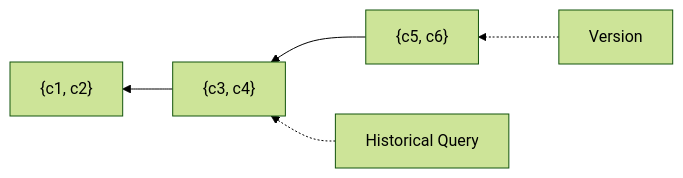
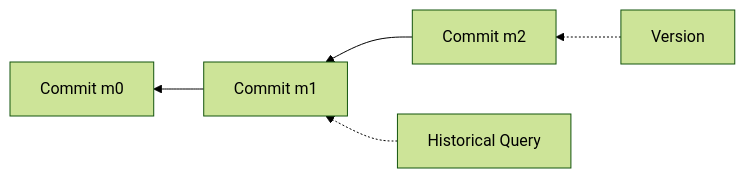
The third of 6 diagrams in packages/lix/docs/docs/guide/architecture.md (opral/monorepo), drawn with Mermaid (forest theme) before and after one commit. The commit also changed other lines of this file, not shown here.

Commit message:
docs: enhance architecture documentation with clearer definitions and diagrams

````diff
--- a/packages/lix/docs/docs/guide/architecture.md
+++ b/packages/lix/docs/docs/guide/architecture.md
@@ -62,6 +69,6 @@
 ```mermaid
 graph RL
-    CS3["{c5, c6}"] --> CS2["{c3, c4}"] --> CS1["{c1, c2}"]
-    V["Version"] -.-> CS3
-    H["Historical Query"] -.-> CS2
+    C3["Commit m2"] --> C2["Commit m1"] --> C1["Commit m0"]
+    V["Version"] -.-> C3
+    H["Historical Query"] -.-> C2
 ```
````
